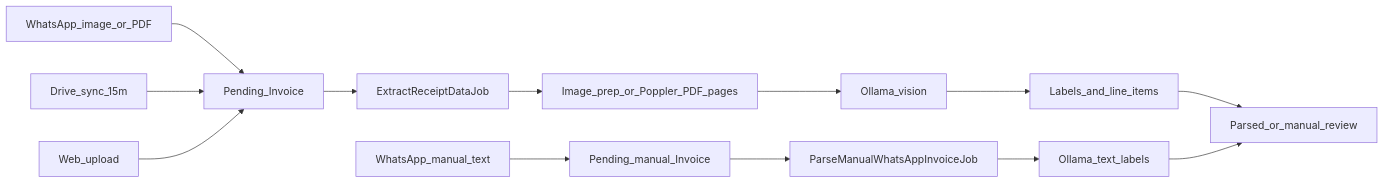
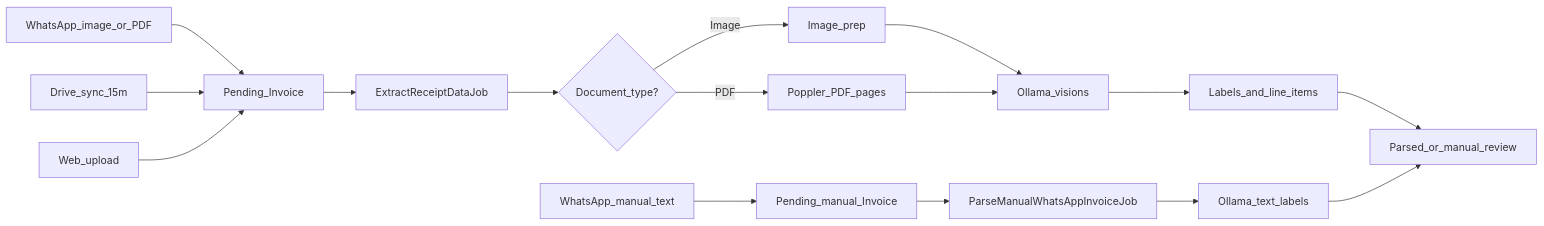
Before and after one commit to Amirul96shafiq/tido: the diagram in README.md, drawn with Mermaid. The commit also changed other lines of this file, not shown here.

Commit message:
docs: update README for consistency in terminology + expanded architecture
- Expanded architecture with splitting paths for images and PDF docs parsing.
- Changed instances of "Finances" to "Finance" for uniformity throughout the README.
- Updated the features section to reflect the corrected terminology in the dashboard description.

````diff
--- a/README.md
+++ b/README.md
@@ -71,15 +71,18 @@
 ```mermaid
 flowchart LR
   waMedia[WhatsApp_image_or_PDF] --> pending[Pending_Invoice]
   waText[WhatsApp_manual_text] --> pendingManual[Pending_manual_Invoice]
   drive[Drive_sync_15m] --> pending
   upload[Web_upload] --> pending
   pending --> job[ExtractReceiptDataJob]
-  job --> prep[Image_prep_or_Poppler_PDF_pages]
-  prep --> ollama[Ollama_vision]
+  job --> prepChoice{Document_type?}
+  prepChoice -->|Image| imagePrep[Image_prep]
+  prepChoice -->|PDF| pdfPages[Poppler_PDF_pages]
+  imagePrep --> ollama[Ollama_visions]
+  pdfPages --> ollama
   ollama --> items[Labels_and_line_items]
   items --> review[Parsed_or_manual_review]
   pendingManual --> labelJob[ParseManualWhatsAppInvoiceJob]
   labelJob --> ollamaText[Ollama_text_labels]
   ollamaText --> review
 ```
````
